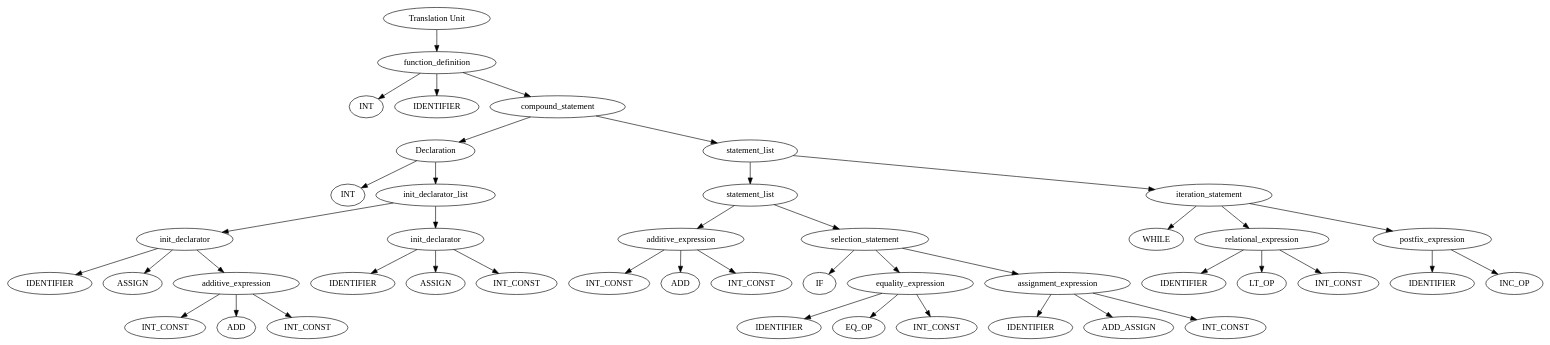
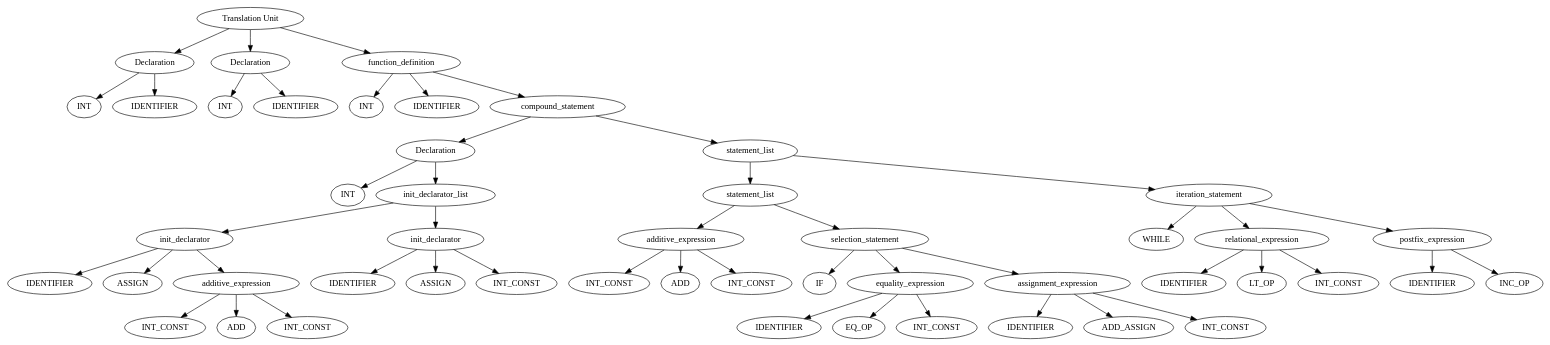
Before and after one commit to matthewbeck1998/bgp: the diagram in bgp/output/treeOut.dot, drawn with Graphviz. The commit also changed 2 other files, not shown here.

```diff
--- a/bgp/output/treeOut.dot
+++ b/bgp/output/treeOut.dot
@@ -1,89 +1,101 @@
 digraph G {
 0[label = "Translation Unit"];
-0 -> 46
-46[label = "function_definition"];
-46 -> 1
+0 -> 4
+4[label = "Declaration"];
+4 -> 1
 1[label = "INT"];
-46 -> 3
+4 -> 3
 3[label = "IDENTIFIER"];
-46 -> 45
-45[label = "compound_statement"];
-45 -> 19
-19[label = "Declaration"];
-19 -> 4
-4[label = "INT"];
-19 -> 18
-18[label = "init_declarator_list"];
-18 -> 11
-11[label = "init_declarator"];
-11 -> 6
-6[label = "IDENTIFIER"];
-11 -> 12
-12[label = "ASSIGN"];
-11 -> 9
-9[label = "additive_expression"];
-9 -> 7
-7[label = "INT_CONST"];
-9 -> 10
-10[label = "ADD"];
-9 -> 8
-8[label = "INT_CONST"];
-18 -> 16
-16[label = "init_declarator"];
-16 -> 14
+0 -> 8
+8[label = "Declaration"];
+8 -> 5
+5[label = "INT"];
+8 -> 7
+7[label = "IDENTIFIER"];
+0 -> 54
+54[label = "function_definition"];
+54 -> 9
+9[label = "INT"];
+54 -> 11
+11[label = "IDENTIFIER"];
+54 -> 53
+53[label = "compound_statement"];
+53 -> 27
+27[label = "Declaration"];
+27 -> 12
+12[label = "INT"];
+27 -> 26
+26[label = "init_declarator_list"];
+26 -> 19
+19[label = "init_declarator"];
+19 -> 14
 14[label = "IDENTIFIER"];
-16 -> 17
-17[label = "ASSIGN"];
-16 -> 15
+19 -> 20
+20[label = "ASSIGN"];
+19 -> 17
+17[label = "additive_expression"];
+17 -> 15
 15[label = "INT_CONST"];
+17 -> 18
+18[label = "ADD"];
+17 -> 16
+16[label = "INT_CONST"];
+26 -> 24
+24[label = "init_declarator"];
+24 -> 22
+22[label = "IDENTIFIER"];
+24 -> 25
+25[label = "ASSIGN"];
+24 -> 23
+23[label = "INT_CONST"];
+53 -> 52
+52[label = "statement_list"];
+52 -> 42
+42[label = "statement_list"];
+42 -> 30
+30[label = "additive_expression"];
+30 -> 28
+28[label = "INT_CONST"];
+30 -> 31
+31[label = "ADD"];
+30 -> 29
+29[label = "INT_CONST"];
+42 -> 40
+40[label = "selection_statement"];
+40 -> 41
+41[label = "IF"];
+40 -> 34
+34[label = "equality_expression"];
+34 -> 32
+32[label = "IDENTIFIER"];
+34 -> 35
+35[label = "EQ_OP"];
+34 -> 33
+33[label = "INT_CONST"];
+40 -> 39
+39[label = "assignment_expression"];
+39 -> 36
+36[label = "IDENTIFIER"];
+39 -> 37
+37[label = "ADD_ASSIGN"];
+39 -> 38
+38[label = "INT_CONST"];
+52 -> 50
+50[label = "iteration_statement"];
+50 -> 51
+51[label = "WHILE"];
+50 -> 45
+45[label = "relational_expression"];
+45 -> 43
+43[label = "IDENTIFIER"];
+45 -> 46
+46[label = "LT_OP"];
 45 -> 44
-44[label = "statement_list"];
-44 -> 34
-34[label = "statement_list"];
-34 -> 22
-22[label = "additive_expression"];
-22 -> 20
-20[label = "INT_CONST"];
-22 -> 23
-23[label = "ADD"];
-22 -> 21
-21[label = "INT_CONST"];
-34 -> 32
-32[label = "selection_statement"];
-32 -> 33
-33[label = "IF"];
-32 -> 26
-26[label = "equality_expression"];
-26 -> 24
-24[label = "IDENTIFIER"];
-26 -> 27
-27[label = "EQ_OP"];
-26 -> 25
-25[label = "INT_CONST"];
-32 -> 31
-31[label = "assignment_expression"];
-31 -> 28
-28[label = "IDENTIFIER"];
-31 -> 29
-29[label = "ADD_ASSIGN"];
-31 -> 30
-30[label = "INT_CONST"];
-44 -> 42
-42[label = "iteration_statement"];
-42 -> 43
-43[label = "WHILE"];
-42 -> 37
-37[label = "relational_expression"];
-37 -> 35
-35[label = "IDENTIFIER"];
-37 -> 38
-38[label = "LT_OP"];
-37 -> 36
-36[label = "INT_CONST"];
-42 -> 40
-40[label = "postfix_expression"];
-40 -> 39
-39[label = "IDENTIFIER"];
-40 -> 41
-41[label = "INC_OP"];
+44[label = "INT_CONST"];
+50 -> 48
+48[label = "postfix_expression"];
+48 -> 47
+47[label = "IDENTIFIER"];
+48 -> 49
+49[label = "INC_OP"];
 }
```
